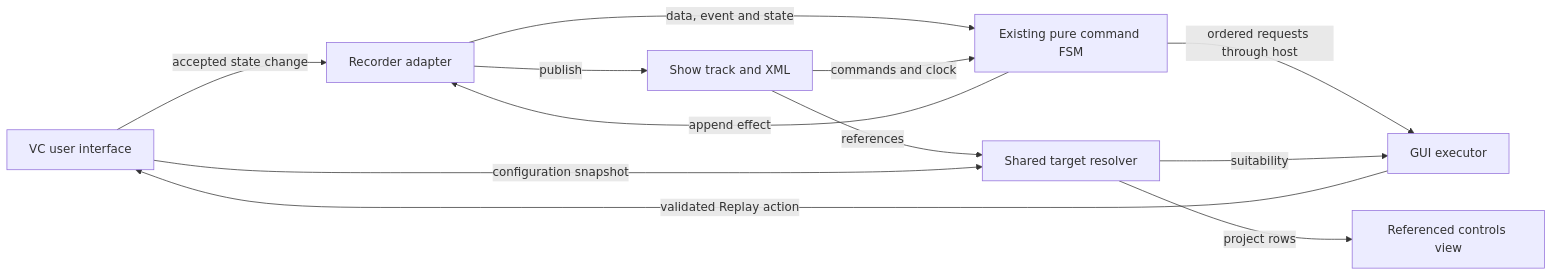
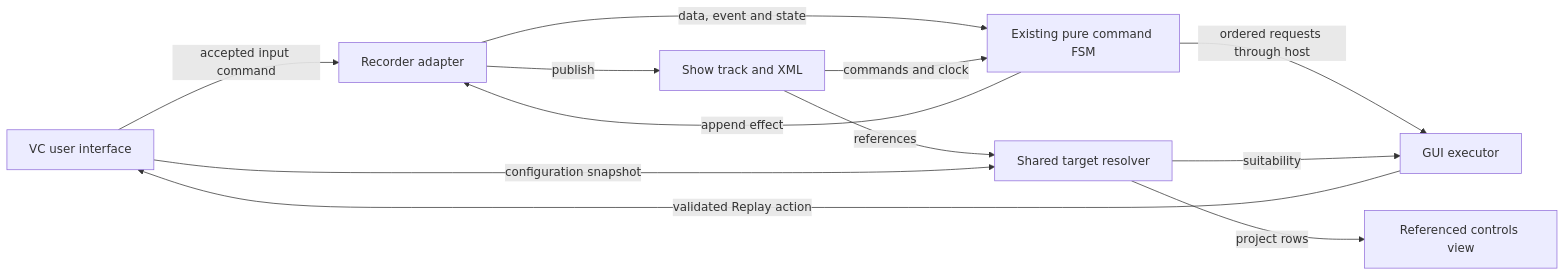
One commit to abossard/qlcplus changed the diagram in docs/vc-performance-recording/implementation-plan.md. Above: the diagram before and after it, drawn with Mermaid. The commit also changed other lines of this file and 7 other files, not shown here.

````diff
--- a/docs/vc-performance-recording/implementation-plan.md
+++ b/docs/vc-performance-recording/implementation-plan.md
@@ -17,14 +17,14 @@
 ```mermaid
 flowchart LR
-    U["VC user interface"] -->|accepted state change| R["Recorder adapter"]
+    U["VC user interface"] -->|accepted input command| R["Recorder adapter"]
     R -->|data, event and state| F["Existing pure command FSM"]
     F -->|append effect| R
     R -->|publish| S["Show track and XML"]
     S -->|commands and clock| F
     F -->|ordered requests through host| G["GUI executor"]
     G -->|validated Replay action| U
     S -->|references| V["Shared target resolver"]
     U -->|configuration snapshot| V
     V -->|suitability| G
     V -->|project rows| D["Referenced controls view"]
 ```
````
